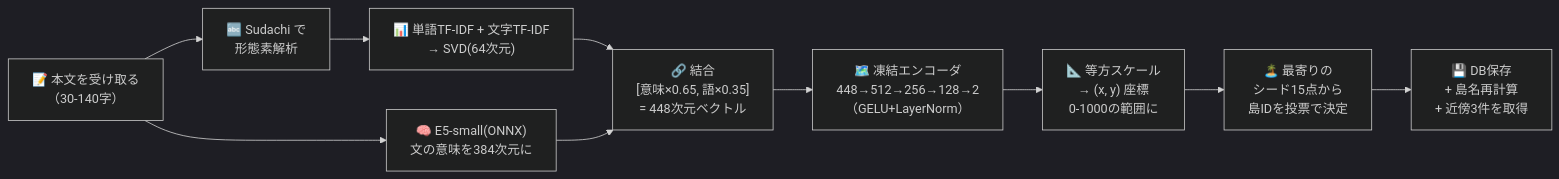
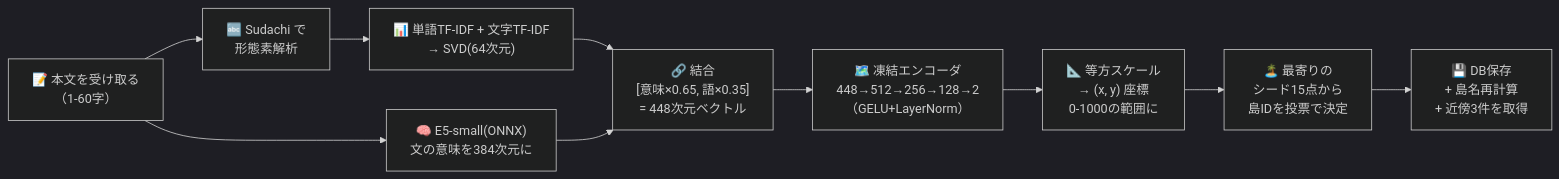
The fifth of 6 diagrams in docs/api_reference.md (umaptry/islands), drawn with Mermaid (dark theme) before and after one commit. The commit also changed other lines of this file and 57 other files, not shown here.

````diff
--- a/docs/api_reference.md
+++ b/docs/api_reference.md
@@ -1060,12 +1060,12 @@
 ```mermaid
 flowchart LR
-    A["📝 本文を受け取る<br/>（30-140字）"] --> B["🔤 Sudachi で<br/>形態素解析"]
+    A["📝 本文を受け取る<br/>（1-60字）"] --> B["🔤 Sudachi で<br/>形態素解析"]
     B --> C["📊 単語TF-IDF + 文字TF-IDF<br/>→ SVD(64次元)"]
     A --> D["🧠 E5-small(ONNX)<br/>文の意味を384次元に"]
     C --> E["🔗 結合<br/>[意味×0.65, 語×0.35]<br/>= 448次元ベクトル"]
     D --> E
     E --> F["🗺️ 凍結エンコーダ<br/>448→512→256→128→2<br/>（GELU+LayerNorm）"]
     F --> G["📐 等方スケール<br/>→ (x, y) 座標<br/>0-1000の範囲に"]
     G --> H["🏝️ 最寄りの<br/>シード15点から<br/>島IDを投票で決定"]
     H --> I["💾 DB保存<br/>+ 島名再計算<br/>+ 近傍3件を取得"]
 ```
````
